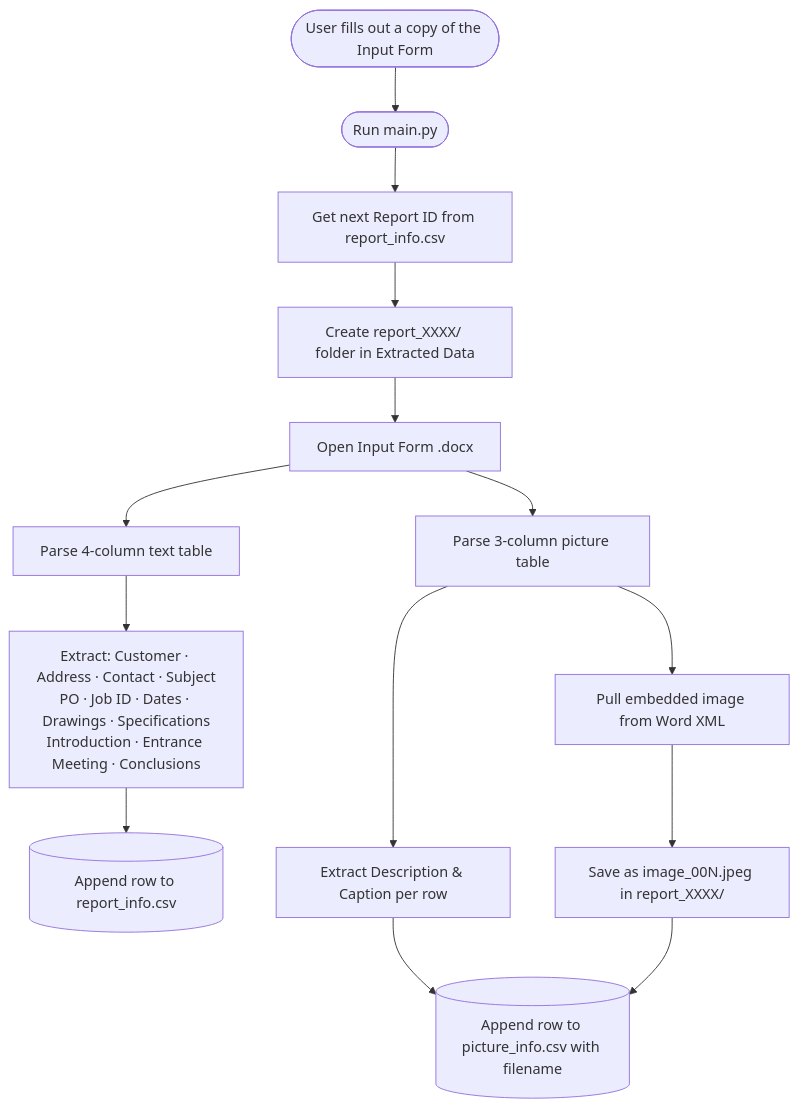
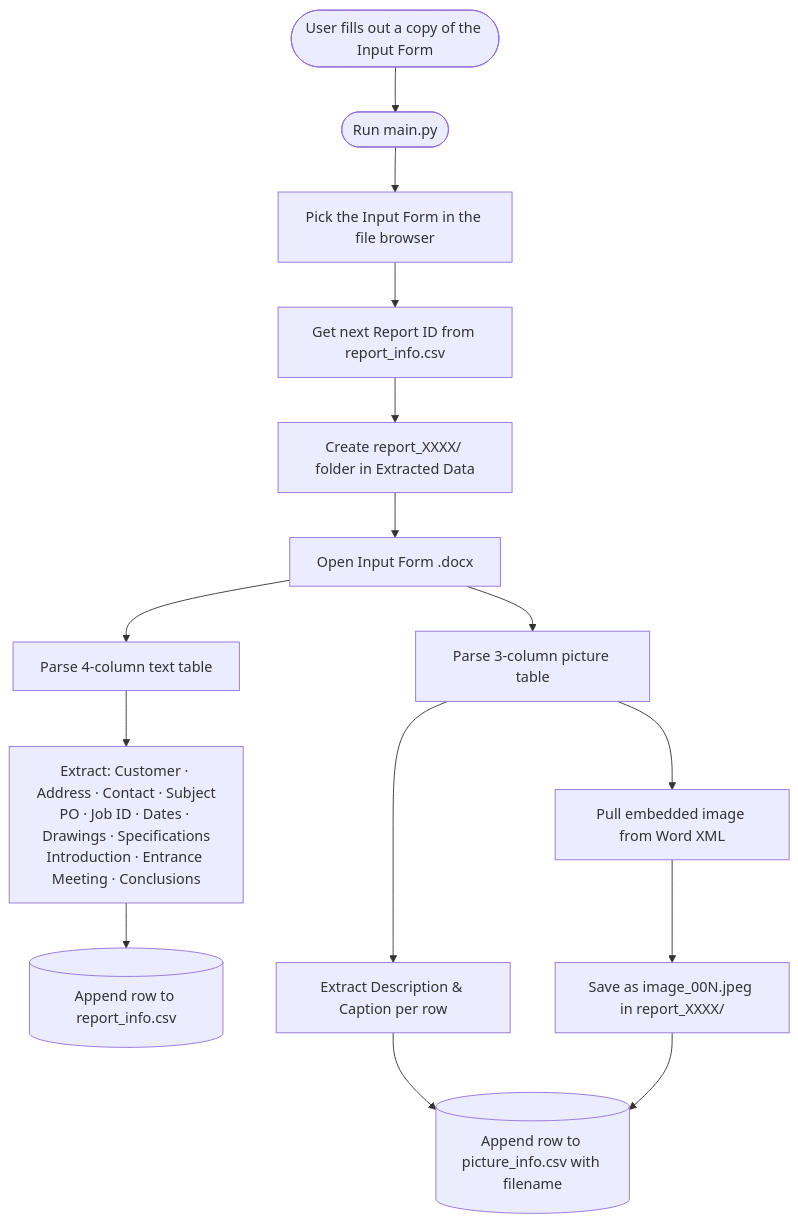
The first of 2 diagrams in README.md (phpaivamotta/report-automation), drawn with Mermaid before and after one commit. The commit also changed other lines of this file and 1 other file, not shown here.

````diff
--- a/README.md
+++ b/README.md
@@ -281,19 +286,20 @@
 ```mermaid
 flowchart TD
     A([User fills out a copy of the Input Form]) --> B([Run main.py])
-    B --> C[Get next Report ID from report_info.csv]
+    B --> B2[Pick the Input Form in the file browser]
+    B2 --> C[Get next Report ID from report_info.csv]
     C --> D[Create report_XXXX/ folder in Extracted Data]
     D --> E[Open Input Form .docx]
 
     E --> F[Parse 4-column text table]
     E --> G[Parse 3-column picture table]
 
     F --> H["Extract: Customer · Address · Contact · Subject<br/>PO · Job ID · Dates · Drawings · Specifications<br/>Introduction · Entrance Meeting · Conclusions"]
     H --> I[(Append row to report_info.csv)]
 
     G --> J[Extract Description & Caption per row]
     G --> K[Pull embedded image from Word XML]
     K --> L[Save as image_00N.jpeg in report_XXXX/]
     J --> M[(Append row to picture_info.csv with filename)]
     L --> M
 ```
````
